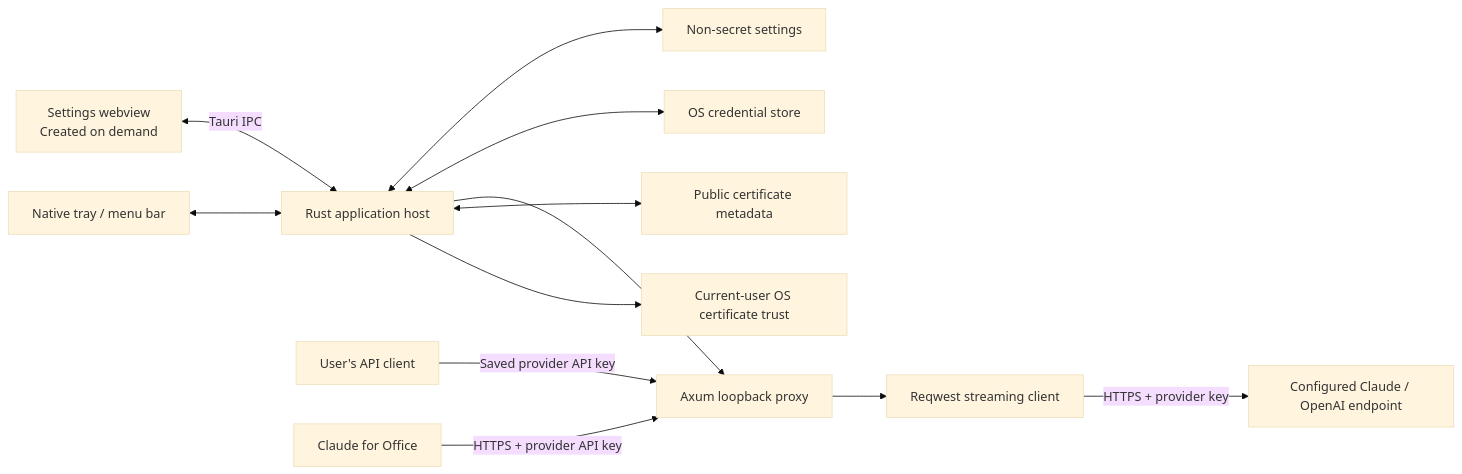
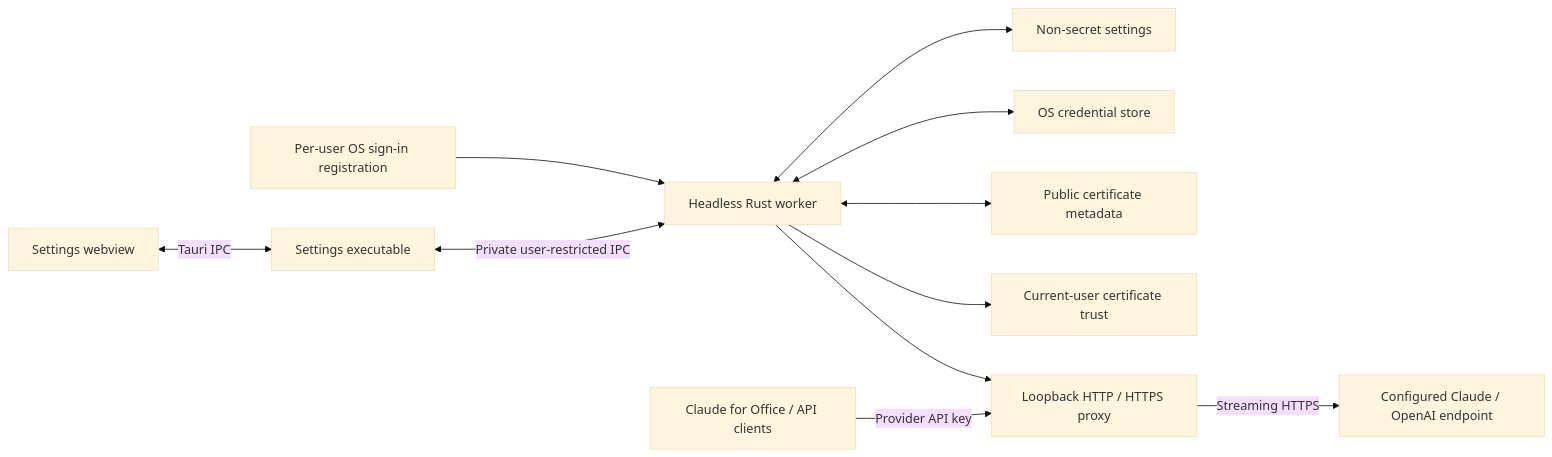
Before and after one commit to rickie-austin-114/llm_proxy: the diagram in ARCHITECTURE.md, drawn with Mermaid (base theme). The commit also changed other lines of this file and 41 other files, not shown here.

Commit message:
feat: run proxy in independent background worker for v0.2.0 preview

````diff
--- a/ARCHITECTURE.md
+++ b/ARCHITECTURE.md
@@ -54,14 +54,13 @@
 ```mermaid
 flowchart LR
-    UI[Settings webview<br/>Created on demand] <-->|Tauri IPC| Host[Rust application host]
-    Tray[Native tray / menu bar] <--> Host
-    Host <--> Config[Non-secret settings]
-    Host <--> Secrets[OS credential store]
-    Host --> Proxy[Axum loopback proxy]
-    Client[User's API client] -->|Saved provider API key| Proxy
-    Office[Claude for Office] -->|HTTPS + provider API key| Proxy
-    Host <--> Certificates[Public certificate metadata]
-    Host --> Trust[Current-user OS certificate trust]
-    Proxy --> HTTP[Reqwest streaming client]
-    HTTP -->|HTTPS + provider key| Upstream[Configured Claude / OpenAI endpoint]
+    UI[Settings webview] <-->|Tauri IPC| GUI[Settings executable]
+    OS[Per-user OS sign-in registration] --> Worker[Headless Rust worker]
+    GUI <-->|Private user-restricted IPC| Worker
+    Worker <--> Config[Non-secret settings]
+    Worker <--> Secrets[OS credential store]
+    Worker <--> Certificates[Public certificate metadata]
+    Worker --> Trust[Current-user certificate trust]
+    Worker --> Proxy[Loopback HTTP / HTTPS proxy]
+    Office[Claude for Office / API clients] -->|Provider API key| Proxy
+    Proxy -->|Streaming HTTPS| Upstream[Configured Claude / OpenAI endpoint]
 ```
````
